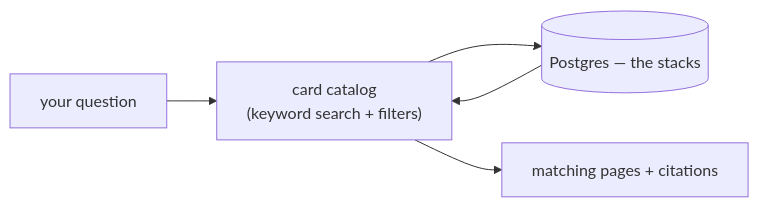
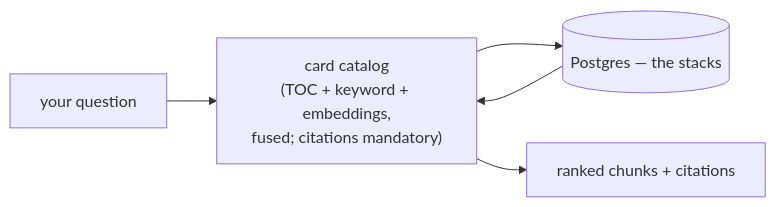
One commit to RileyK05/Stacks changed the third of 19 diagrams in system.md. Above: the diagram before and after it, drawn with Mermaid. The commit also changed other lines of this file and 19 other files, not shown here.

````diff
--- a/system.md
+++ b/system.md
@@ -138,7 +139,7 @@
 ```mermaid
 flowchart LR
-    Q["your question"] --> RET["card catalog<br/>(keyword search + filters)"]
+    Q["your question"] --> RET["card catalog<br/>(TOC + keyword + embeddings,<br/>fused; citations mandatory)"]
     RET --> PG[("Postgres — the stacks")]
     PG --> RET
-    RET --> A["matching pages + citations"]
+    RET --> A["ranked chunks + citations"]
 ```
````
